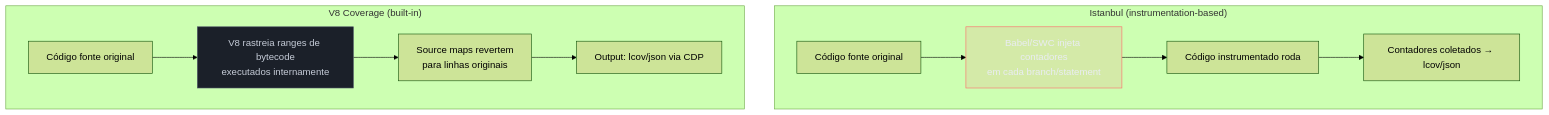
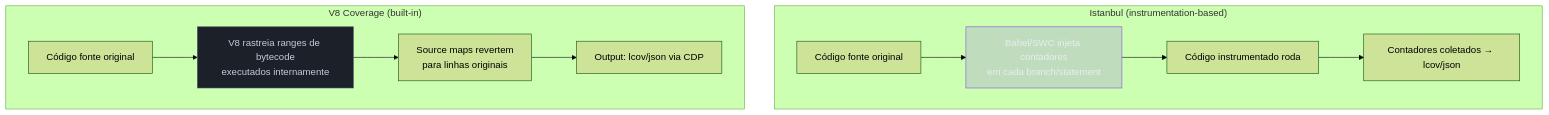
One commit to josenaldo/codex-technomanticus changed the fourth of 5 diagrams in 03-Dominios/Tecnologia/Tooling e Build/19 - Test runner nativo (node-test) e o cenário de testes.md. Above: the diagram before and after it, drawn with Mermaid (forest theme). The commit also changed other lines of this file and 601 other files, not shown here.

````diff
--- a/03-Dominios/Tecnologia/Tooling e Build/19 - Test runner nativo (node-test) e o cenário de testes.md
+++ b/03-Dominios/Tecnologia/Tooling e Build/19 - Test runner nativo (node-test) e o cenário de testes.md
@@ -573,23 +573,23 @@
 ```mermaid
 graph TD
-    classDef falha fill:#FF6B6B24,stroke:#FF6B6B,color:#E9ECF2
+    classDef marca fill:#8855DF33,stroke:#8855DF,color:#E9ECF2
     classDef neutro fill:#1B2029,stroke:#4E5666,color:#C6CCD8
     subgraph "Istanbul (instrumentation-based)"
         IS["Código fonte original"]
         IT["Babel/SWC injeta contadores\nem cada branch/statement"]
         IE["Código instrumentado roda"]
         IR["Contadores coletados → lcov/json"]
         IS --> IT --> IE --> IR
     end
 
     subgraph "V8 Coverage (built-in)"
         VS["Código fonte original"]
         VR["V8 rastreia ranges de bytecode\nexecutados internamente"]
         VM["Source maps revertem\npara linhas originais"]
         VO["Output: lcov/json via CDP"]
         VS --> VR --> VM --> VO
     end
 
-    class IT falha
+    class IT marca
     class VR neutro
 ```
````
